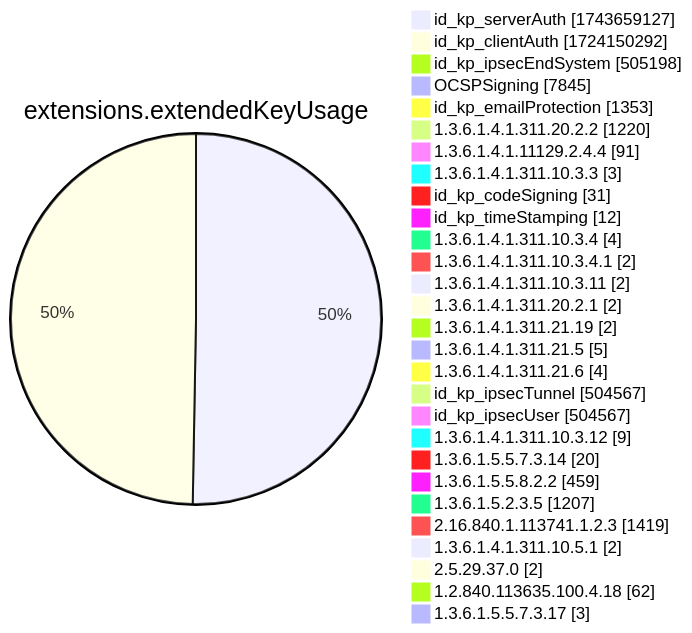
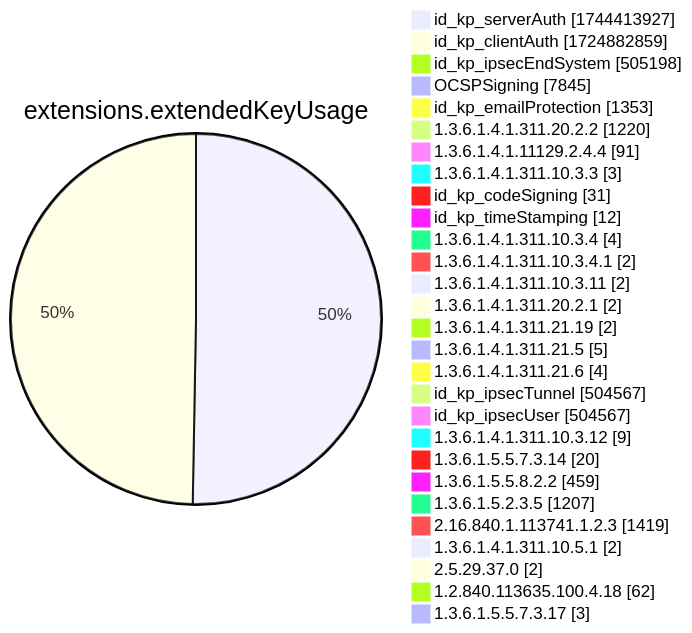
One commit to christiankrug/ctmonitor_visualization changed diagram 12 of 15 in xenon2022/README.md. Above: the diagram before and after it, drawn with Mermaid. The commit also changed other lines of this file, not shown here.

````diff
--- a/xenon2022/README.md
+++ b/xenon2022/README.md
@@ -3892,32 +3892,32 @@
 ```mermaid
 pie showData
 title extensions.extendedKeyUsage
-"id_kp_serverAuth" :1743659127
-"id_kp_clientAuth" :1724150292
+"id_kp_serverAuth" :1744413927
+"id_kp_clientAuth" :1724882859
 "id_kp_ipsecEndSystem" :505198
 "OCSPSigning" :7845
 "id_kp_emailProtection" :1353
 "1.3.6.1.4.1.311.20.2.2" :1220
 "1.3.6.1.4.1.11129.2.4.4" :91
 "1.3.6.1.4.1.311.10.3.3" :3
 "id_kp_codeSigning" :31
 "id_kp_timeStamping" :12
 "1.3.6.1.4.1.311.10.3.4" :4
 "1.3.6.1.4.1.311.10.3.4.1" :2
 "1.3.6.1.4.1.311.10.3.11" :2
 "1.3.6.1.4.1.311.20.2.1" :2
 "1.3.6.1.4.1.311.21.19" :2
 "1.3.6.1.4.1.311.21.5" :5
 "1.3.6.1.4.1.311.21.6" :4
 "id_kp_ipsecTunnel" :504567
 "id_kp_ipsecUser" :504567
 "1.3.6.1.4.1.311.10.3.12" :9
 "1.3.6.1.5.5.7.3.14" :20
 "1.3.6.1.5.5.8.2.2" :459
 "1.3.6.1.5.2.3.5" :1207
 "2.16.840.1.113741.1.2.3" :1419
 "1.3.6.1.4.1.311.10.5.1" :2
 "2.5.29.37.0" :2
 "1.2.840.113635.100.4.18" :62
 "1.3.6.1.5.5.7.3.17" :3
 ```
````
